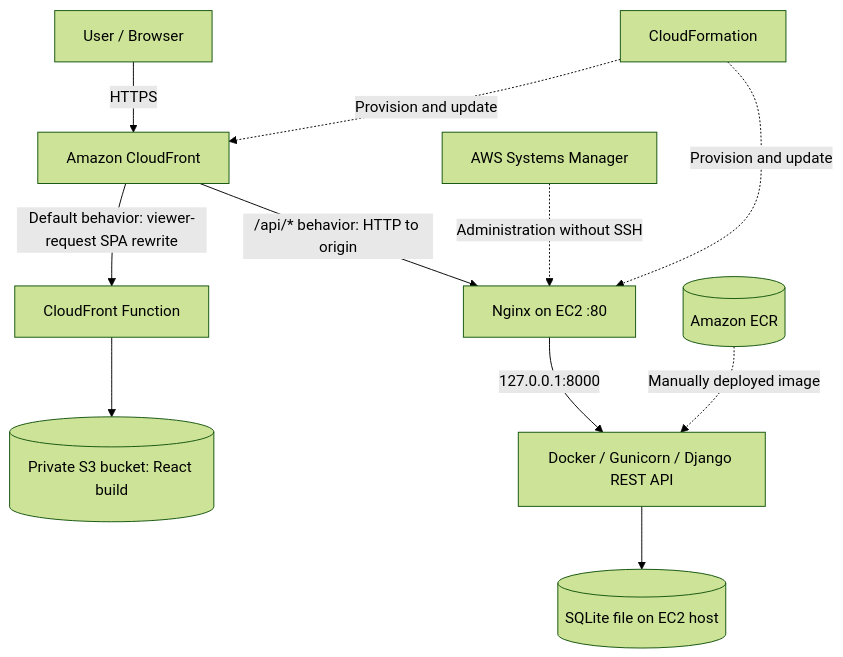
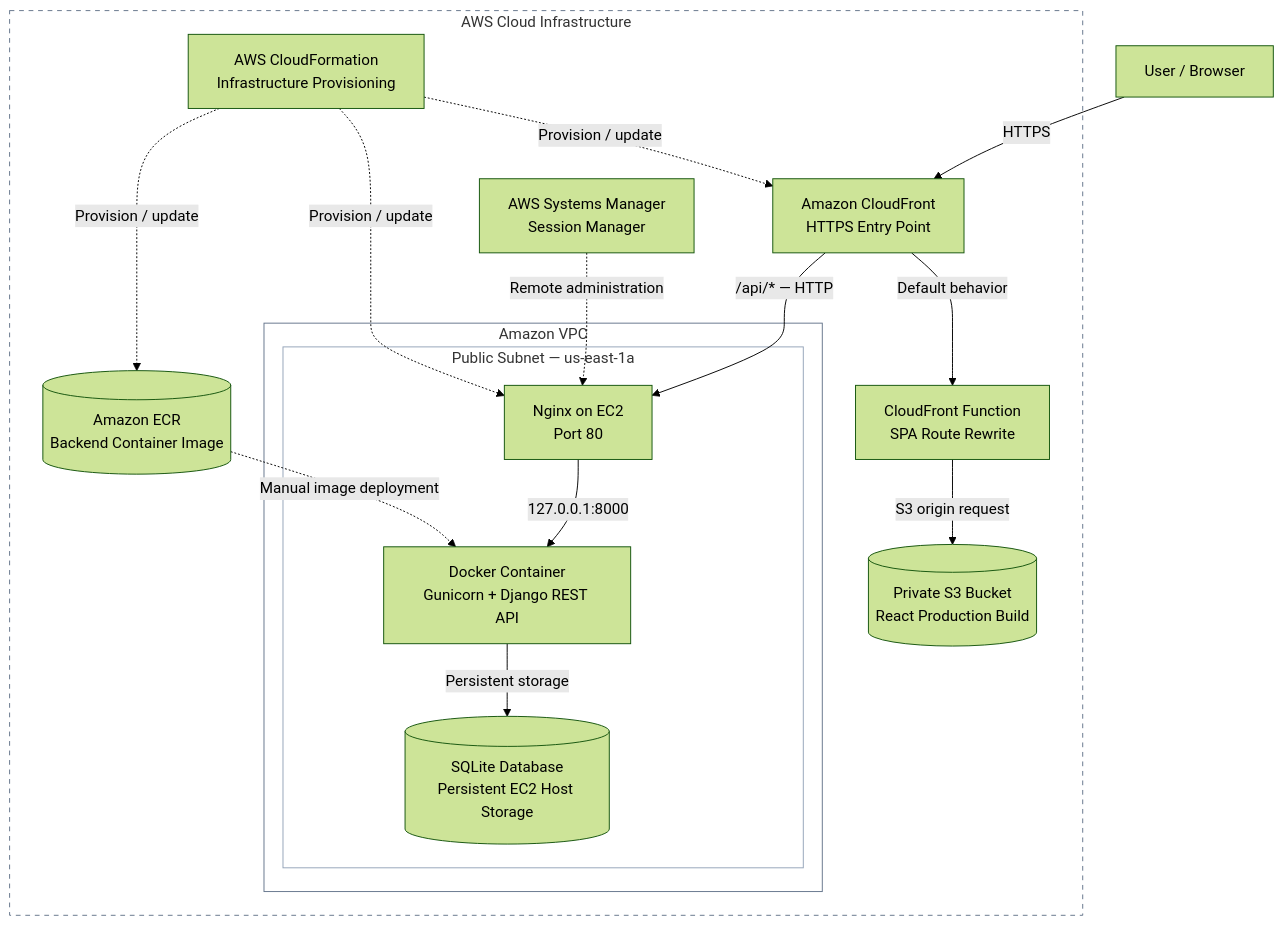
Before and after one commit to sophia-dao/cloud_computing_proj: the first of 4 diagrams in docs/midpoint/PROGRESS.md, drawn with Mermaid (forest theme). The commit also changed other lines of this file and 5 other files, not shown here.

````diff
--- a/docs/midpoint/PROGRESS.md
+++ b/docs/midpoint/PROGRESS.md
@@ -72,25 +128,39 @@
 ```mermaid
+flowchart TB
+    U["User / Browser"]
 
-flowchart TB
+    subgraph AWS["AWS Cloud Infrastructure"]
+        CF["Amazon CloudFront<br/>HTTPS Entry Point"]
+        FN["CloudFront Function<br/>SPA Route Rewrite"]
+        S3[("Private S3 Bucket<br/>React Production Build")]
 
-    U[User / Browser] -->|HTTPS| CF[Amazon CloudFront]
+        subgraph VPC["Amazon VPC"]
+            subgraph PUB["Public Subnet — us-east-1a"]
+                NG["Nginx on EC2<br/>Port 80"]
+                DK["Docker Container<br/>Gunicorn + Django REST API"]
+                SQL[("SQLite Database<br/>Persistent EC2 Host Storage")]
+            end
+        end
 
-    CF -->|Default behavior: viewer-request SPA rewrite| FN[CloudFront Function]
+        ECR[("Amazon ECR<br/>Backend Container Image")]
+        SSM["AWS Systems Manager<br/>Session Manager"]
+        CFN["AWS CloudFormation<br/>Infrastructure Provisioning"]
+    end
 
-    FN --> S3[(Private S3 bucket: React build)]
+    U -->|"HTTPS"| CF
+    CF -->|"Default behavior"| FN
+    FN -->|"S3 origin request"| S3
+    CF -->|"/api/* — HTTP"| NG
+    NG -->|"127.0.0.1:8000"| DK
+    DK -->|"Persistent storage"| SQL
 
-    CF -->|/api/* behavior: HTTP to origin| NG[Nginx on EC2 :80]
+    ECR -.->|"Manual image deployment"| DK
+    SSM -.->|"Remote administration"| NG
+    CFN -.->|"Provision / update"| CF
+    CFN -.->|"Provision / update"| NG
+    CFN -.->|"Provision / update"| ECR
 
-    NG -->|127.0.0.1:8000| DK[Docker / Gunicorn / Django REST API]
-
-    DK --> SQL[(SQLite file on EC2 host)]
-
-    ECR[(Amazon ECR)] -.->|Manually deployed image| DK
-
-    SSM[AWS Systems Manager] -.->|Administration without SSH| NG
-
-    CFN[CloudFormation] -.->|Provision and update| CF
-
-    CFN -.->|Provision and update| NG
-
+    style AWS fill:none,stroke:#64748b,stroke-dasharray:5 5
+    style VPC fill:none,stroke:#64748b
+    style PUB fill:none,stroke:#94a3b8
 ```
````
